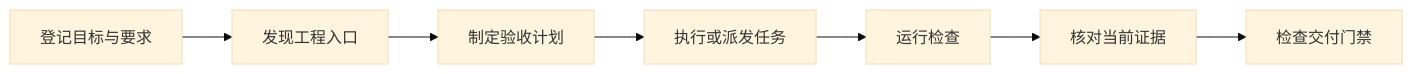
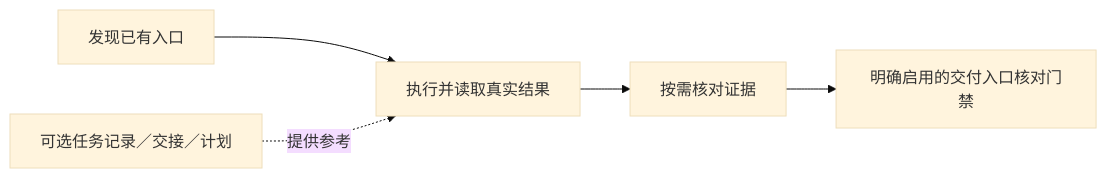
One commit to Yiyan-Jiang/PI-find-master changed the diagram in README.md. Above: the diagram before and after it, drawn with Mermaid (base theme). The commit also changed other lines of this file and 10 other files, not shown here.

````diff
--- a/README.md
+++ b/README.md
@@ -106,9 +106,7 @@
 ```mermaid
 flowchart LR
-    A[登记目标与要求] --> B[发现工程入口]
-    B --> C[制定验收计划]
-    C --> D[执行或派发任务]
-    D --> E[运行检查]
-    E --> F[核对当前证据]
-    F --> G[检查交付门禁]
+    A[发现已有入口] --> B[执行并读取真实结果]
+    B --> C[按需核对证据]
+    C --> D[明确启用的交付入口核对门禁]
+    E[可选任务记录／交接／计划] -. 提供参考 .-> B
 ```
````
